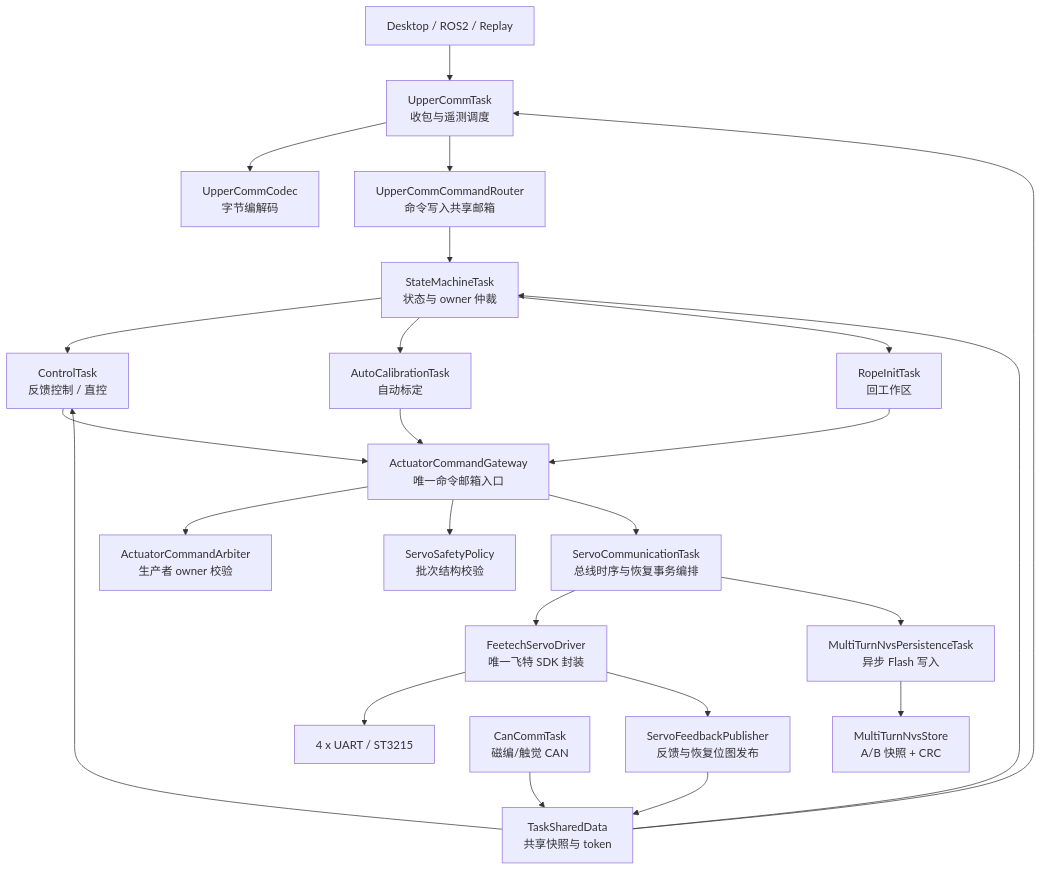
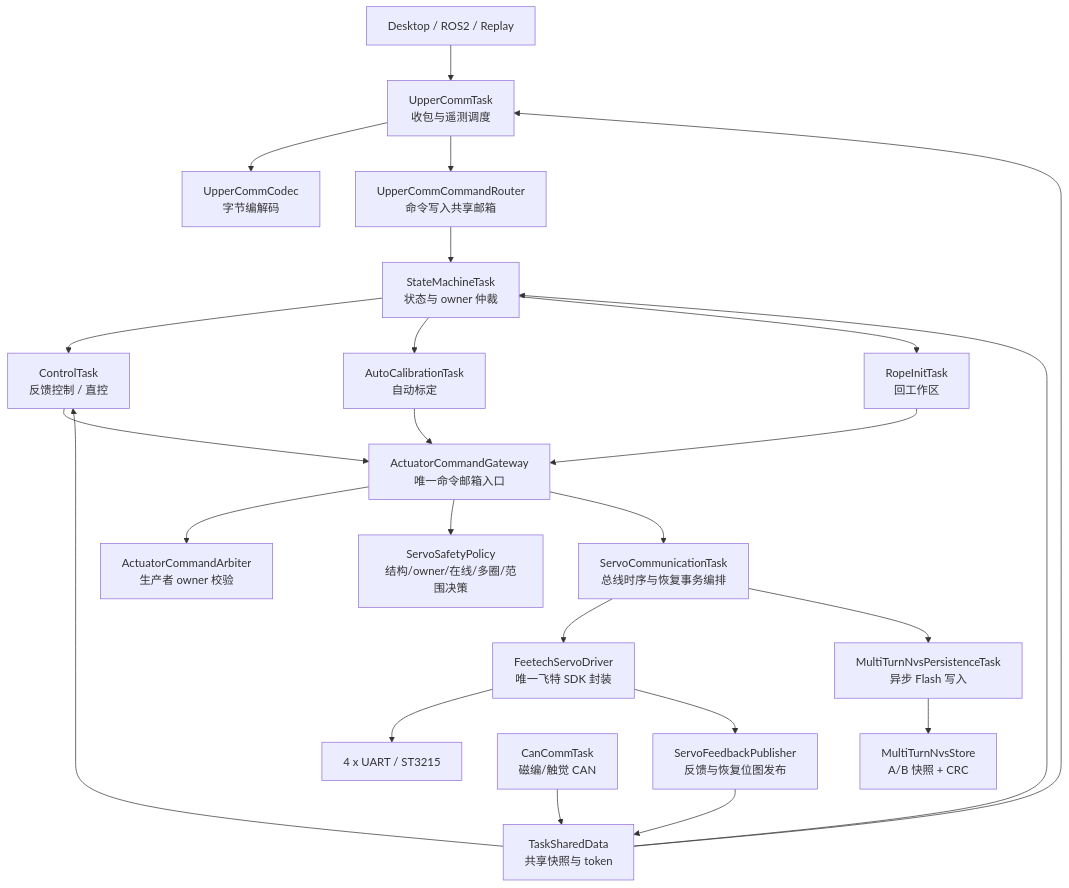
One commit to mm-hand/mmhand-core-software changed the first of 10 diagrams in ESP32-P4/ServoBoardMain/docs/P4_固件架构重构说明_20260731.md. Above: the diagram before and after it, drawn with Mermaid. The commit also changed other lines of this file and 99 other files, not shown here.

Commit message:
refactor(p4): establish architecture and safety boundaries

````diff
--- a/ESP32-P4/ServoBoardMain/docs/P4_固件架构重构说明_20260731.md
+++ b/ESP32-P4/ServoBoardMain/docs/P4_固件架构重构说明_20260731.md
@@ -41,31 +46,31 @@
 ```mermaid
 flowchart TD
     Host["Desktop / ROS2 / Replay"] --> Upper["UpperCommTask<br/>收包与遥测调度"]
     Upper --> Codec["UpperCommCodec<br/>字节编解码"]
     Upper --> Router["UpperCommCommandRouter<br/>命令写入共享邮箱"]
     Router --> State["StateMachineTask<br/>状态与 owner 仲裁"]
 
     State --> Control["ControlTask<br/>反馈控制 / 直控"]
     State --> Calib["AutoCalibrationTask<br/>自动标定"]
     State --> Rope["RopeInitTask<br/>回工作区"]
 
     Control --> Gateway["ActuatorCommandGateway<br/>唯一命令邮箱入口"]
     Calib --> Gateway
     Rope --> Gateway
     Gateway --> Arbiter["ActuatorCommandArbiter<br/>生产者 owner 校验"]
-    Gateway --> Safety["ServoSafetyPolicy<br/>批次结构校验"]
+    Gateway --> Safety["ServoSafetyPolicy<br/>结构/owner/在线/多圈/范围决策"]
 
     Gateway --> ServoTask["ServoCommunicationTask<br/>总线时序与恢复事务编排"]
     ServoTask --> Driver["FeetechServoDriver<br/>唯一飞特 SDK 封装"]
     Driver --> UART["4 x UART / ST3215"]
 
     Driver --> Publisher["ServoFeedbackPublisher<br/>反馈与恢复位图发布"]
     Publisher --> Shared["TaskSharedData<br/>共享快照与 token"]
     CAN["CanCommTask<br/>磁编/触觉 CAN"] --> Shared
     Shared --> Control
     Shared --> State
     Shared --> Upper
 
     ServoTask --> NvsTask["MultiTurnNvsPersistenceTask<br/>异步 Flash 写入"]
     NvsTask --> NvsStore["MultiTurnNvsStore<br/>A/B 快照 + CRC"]
 ```
````
